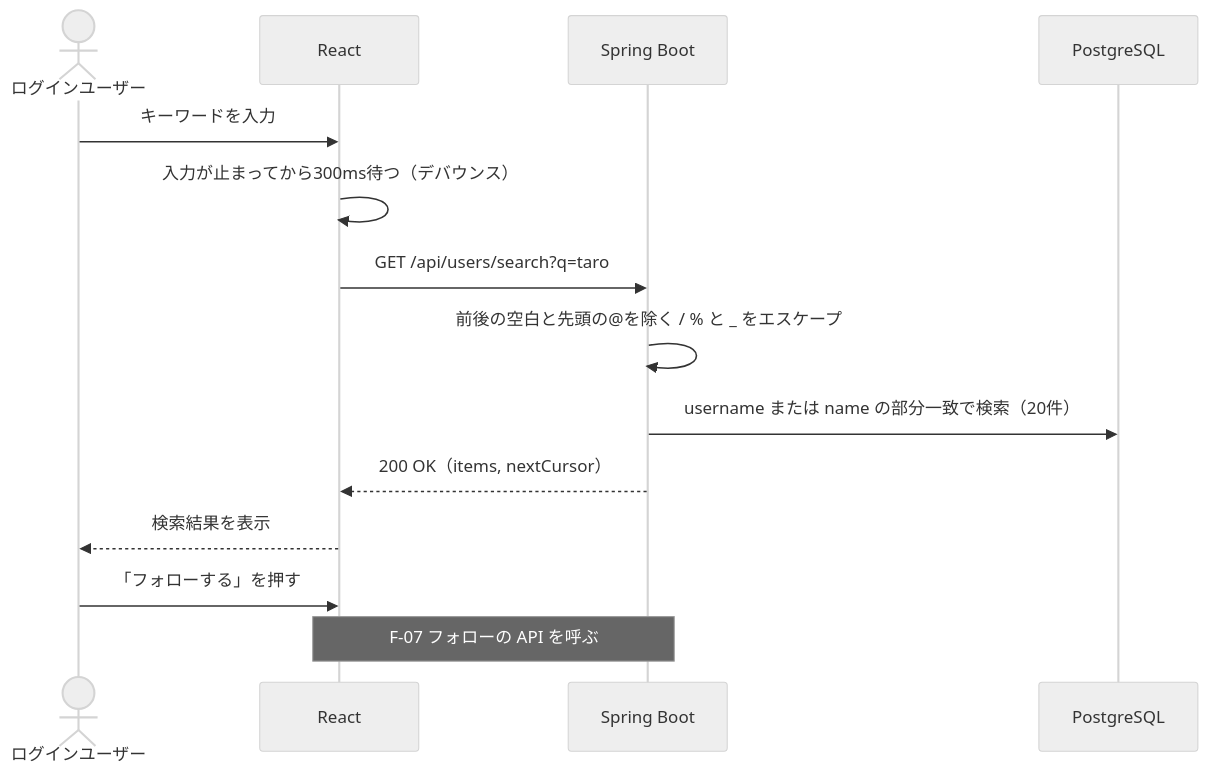
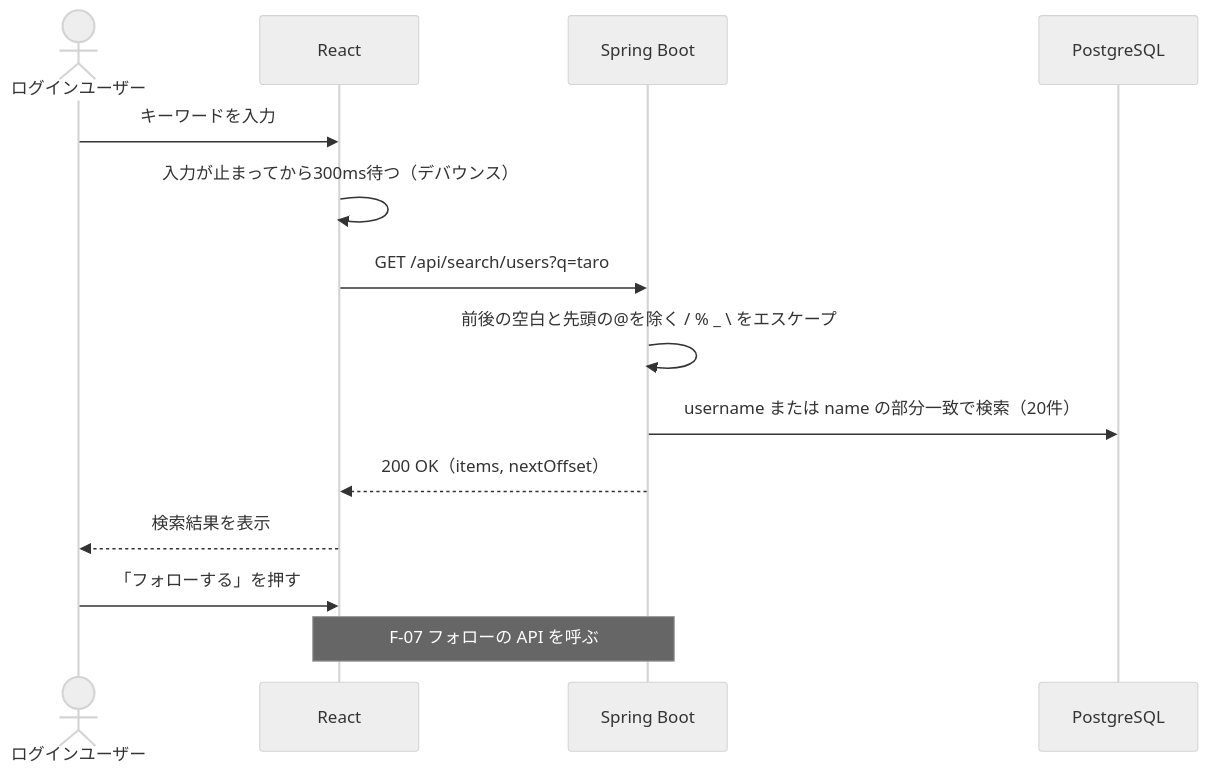
One commit to takeuchikoutagg/RaiseTime-Line changed the diagram in docs/機能定義書/F-09_ユーザー検索.md. Above: the diagram before and after it, drawn with Mermaid (neutral theme). The commit also changed other lines of this file and 30 other files, not shown here.

````diff
--- a/docs/機能定義書/F-09_ユーザー検索.md
+++ b/docs/機能定義書/F-09_ユーザー検索.md
@@ -28,17 +28,17 @@
 ```mermaid
 sequenceDiagram
     actor U as ログインユーザー
     participant F as React
     participant B as Spring Boot
     participant D as PostgreSQL
 
     U->>F: キーワードを入力
     F->>F: 入力が止まってから300ms待つ（デバウンス）
-    F->>B: GET /api/users/search?q=taro
-    B->>B: 前後の空白と先頭の@を除く / % と _ をエスケープ
+    F->>B: GET /api/search/users?q=taro
+    B->>B: 前後の空白と先頭の@を除く / % _ \ をエスケープ
     B->>D: username または name の部分一致で検索（20件）
-    B-->>F: 200 OK（items, nextCursor）
+    B-->>F: 200 OK（items, nextOffset）
     F-->>U: 検索結果を表示
     U->>F: 「フォローする」を押す
     Note over F,B: F-07 フォローの API を呼ぶ
 ```
````
